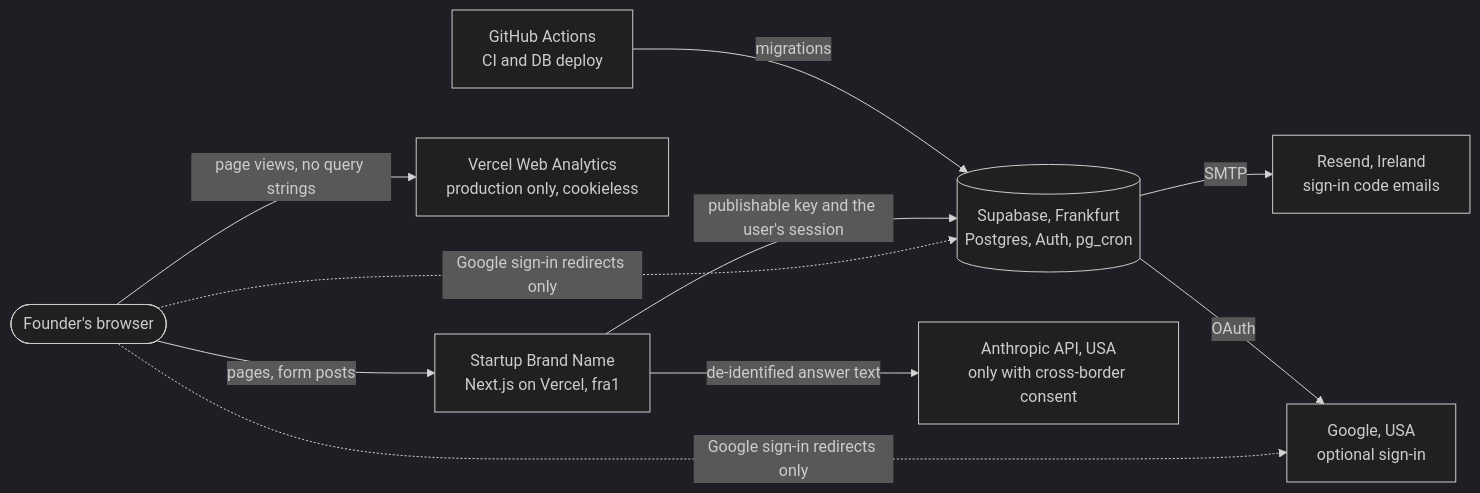
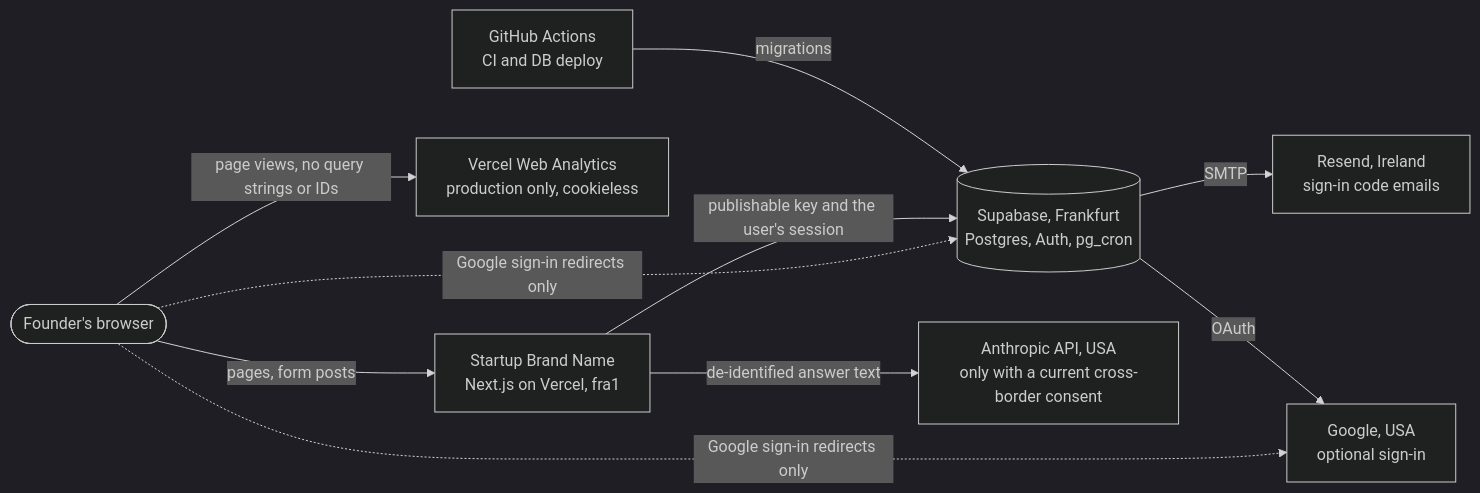
One commit to laithhamoda/startupbrandname changed the first of 3 diagrams in docs/architecture.md. Above: the diagram before and after it, drawn with Mermaid (dark theme). The commit also changed other lines of this file, not shown here.

First line of the commit message:
docs(architecture): describe the save and the ai path after the audit

````diff
--- a/docs/architecture.md
+++ b/docs/architecture.md
@@ -19,21 +22,21 @@
 ```mermaid
 flowchart LR
   founder(["Founder's browser"])
   app["Startup Brand Name<br/>Next.js on Vercel, fra1"]
   supabase[("Supabase, Frankfurt<br/>Postgres, Auth, pg_cron")]
-  anthropic["Anthropic API, USA<br/>only with cross-border consent"]
+  anthropic["Anthropic API, USA<br/>only with a current cross-border consent"]
   resend["Resend, Ireland<br/>sign-in code emails"]
   google["Google, USA<br/>optional sign-in"]
   analytics["Vercel Web Analytics<br/>production only, cookieless"]
   github["GitHub Actions<br/>CI and DB deploy"]
 
   founder -->|"pages, form posts"| app
   founder -.->|"Google sign-in redirects only"| google
   founder -.->|"Google sign-in redirects only"| supabase
-  founder -->|"page views, no query strings"| analytics
+  founder -->|"page views, no query strings or IDs"| analytics
   app -->|"publishable key and the user's session"| supabase
   app -->|"de-identified answer text"| anthropic
   supabase -->|"SMTP"| resend
   supabase -->|"OAuth"| google
   github -->|"migrations"| supabase
 ```
````
